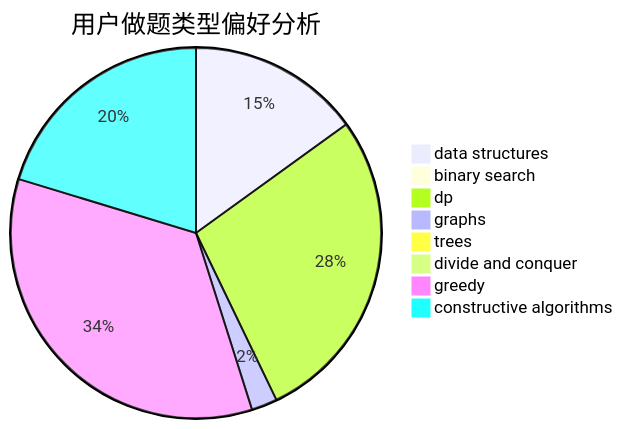
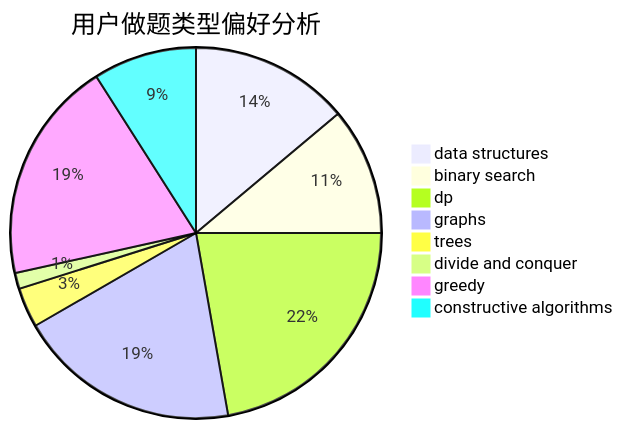
Before and after one commit to sherpahu/cfrs.github.io: the second of 3 diagrams in docs/user/u2479.md, drawn with Mermaid. The commit also changed other lines of this file and 2770 other files, not shown here.

````diff
--- a/docs/user/u2479.md
+++ b/docs/user/u2479.md
@@ -23,11 +23,11 @@
 ```mermaid
 pie title 用户做题类型偏好分析
     "data structures" :  20
-    "binary search" :  1
-    "dp" :  37
-    "graphs" :  3
-    "trees" :  0
-    "divide and conquer" :  0
-    "greedy" :  46
-    "constructive algorithms" :  27
+    "binary search" :  16
+    "dp" :  32
+    "graphs" :  28
+    "trees" :  5
+    "divide and conquer" :  2
+    "greedy" :  28
+    "constructive algorithms" :  13
 ```
````
